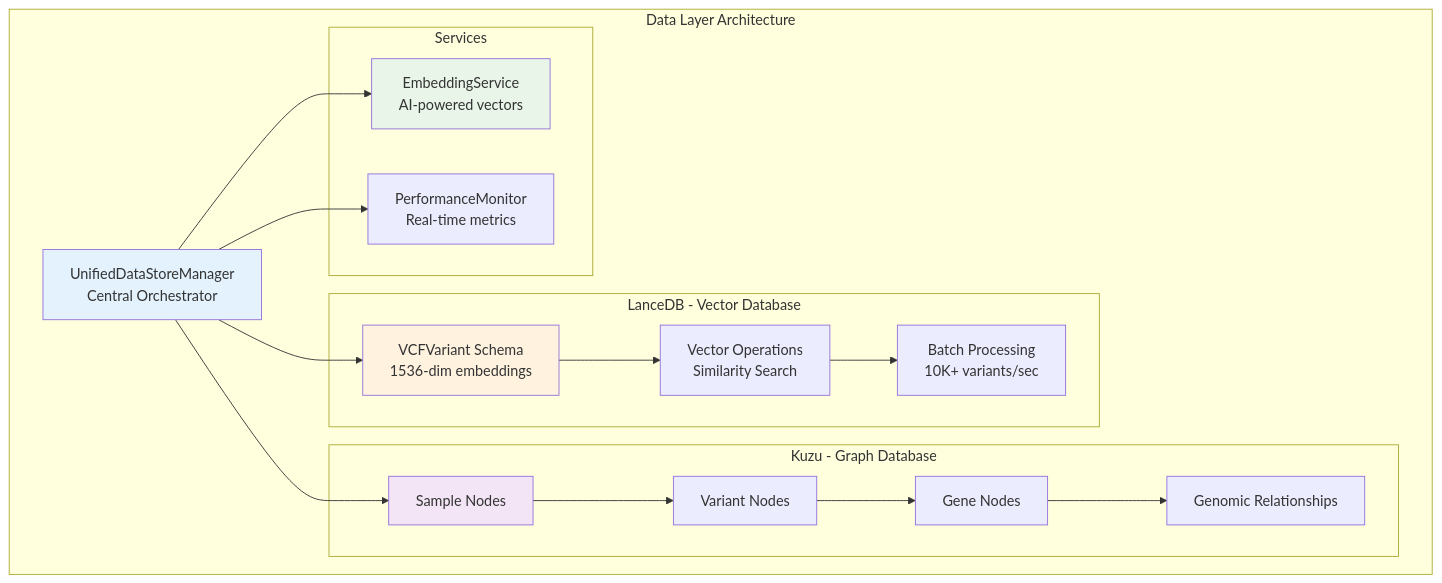
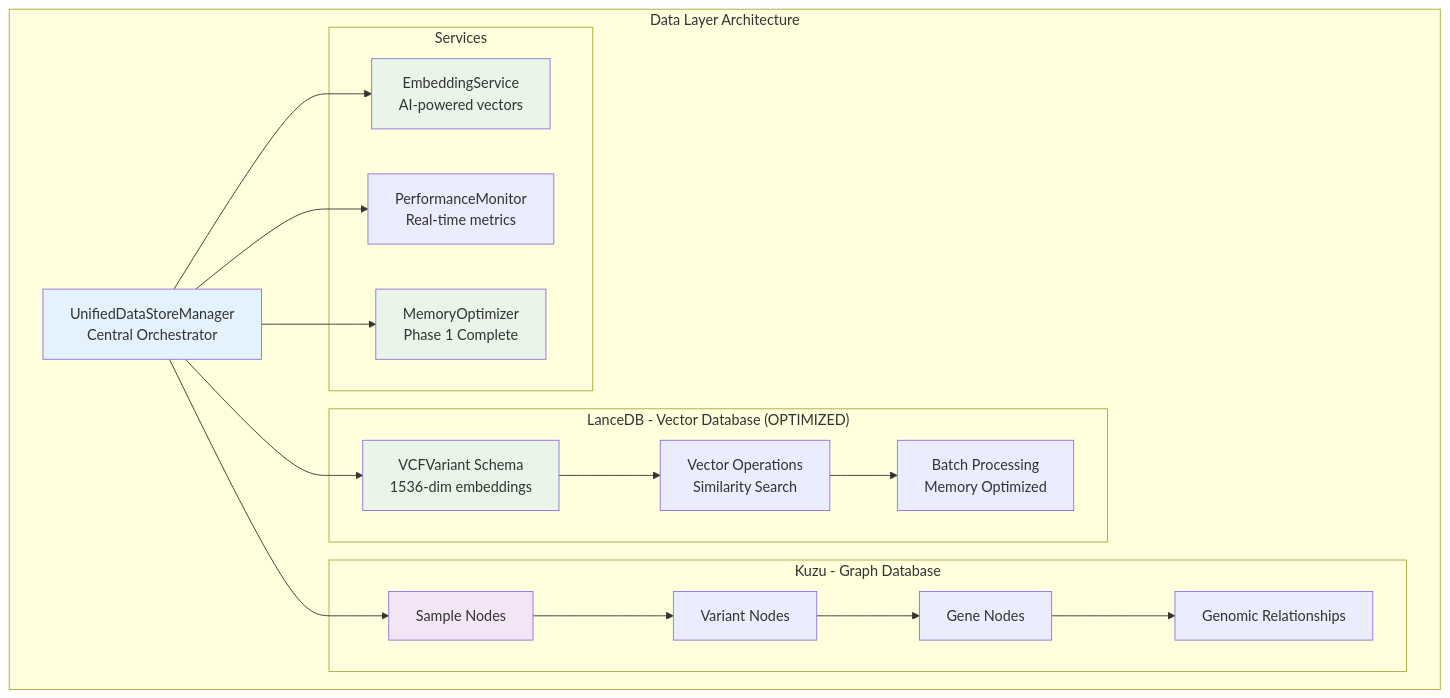
Before and after one commit to elementalcollision/vcf_analysis: the second of 13 diagrams in README.md, drawn with Mermaid. The commit also changed other lines of this file and 8 other files, not shown here.

````diff
--- a/README.md
+++ b/README.md
@@ -88,41 +184,44 @@
 ```mermaid
 graph TB
     subgraph "Data Layer Architecture"
         DSM[UnifiedDataStoreManager<br/>Central Orchestrator]
         
-        subgraph "LanceDB - Vector Database"
+        subgraph "LanceDB - Vector Database (OPTIMIZED)"
             VCF_SCHEMA[VCFVariant Schema<br/>1536-dim embeddings]
             VECTOR_OPS[Vector Operations<br/>Similarity Search]
-            BATCH_PROC[Batch Processing<br/>10K+ variants/sec]
+            BATCH_PROC[Batch Processing<br/>Memory Optimized]
         end
         
         subgraph "Kuzu - Graph Database"
             SAMPLE_NODES[Sample Nodes]
             VARIANT_NODES[Variant Nodes]
             GENE_NODES[Gene Nodes]
             RELATIONSHIPS[Genomic Relationships]
         end
         
         subgraph "Services"
             EMBED_SVC[EmbeddingService<br/>AI-powered vectors]
             PERF_MON[PerformanceMonitor<br/>Real-time metrics]
+            MEM_OPT[MemoryOptimizer<br/>Phase 1 Complete]
         end
     end
     
     DSM --> VCF_SCHEMA
     DSM --> SAMPLE_NODES
     DSM --> EMBED_SVC
     DSM --> PERF_MON
+    DSM --> MEM_OPT
     
     VCF_SCHEMA --> VECTOR_OPS
     VECTOR_OPS --> BATCH_PROC
     
     SAMPLE_NODES --> VARIANT_NODES
     VARIANT_NODES --> GENE_NODES
     GENE_NODES --> RELATIONSHIPS
     
     style DSM fill:#e3f2fd
-    style VCF_SCHEMA fill:#fff3e0
+    style VCF_SCHEMA fill:#e8f5e8
     style SAMPLE_NODES fill:#f3e5f5
     style EMBED_SVC fill:#e8f5e8
+    style MEM_OPT fill:#e8f5e8
 ```
````
